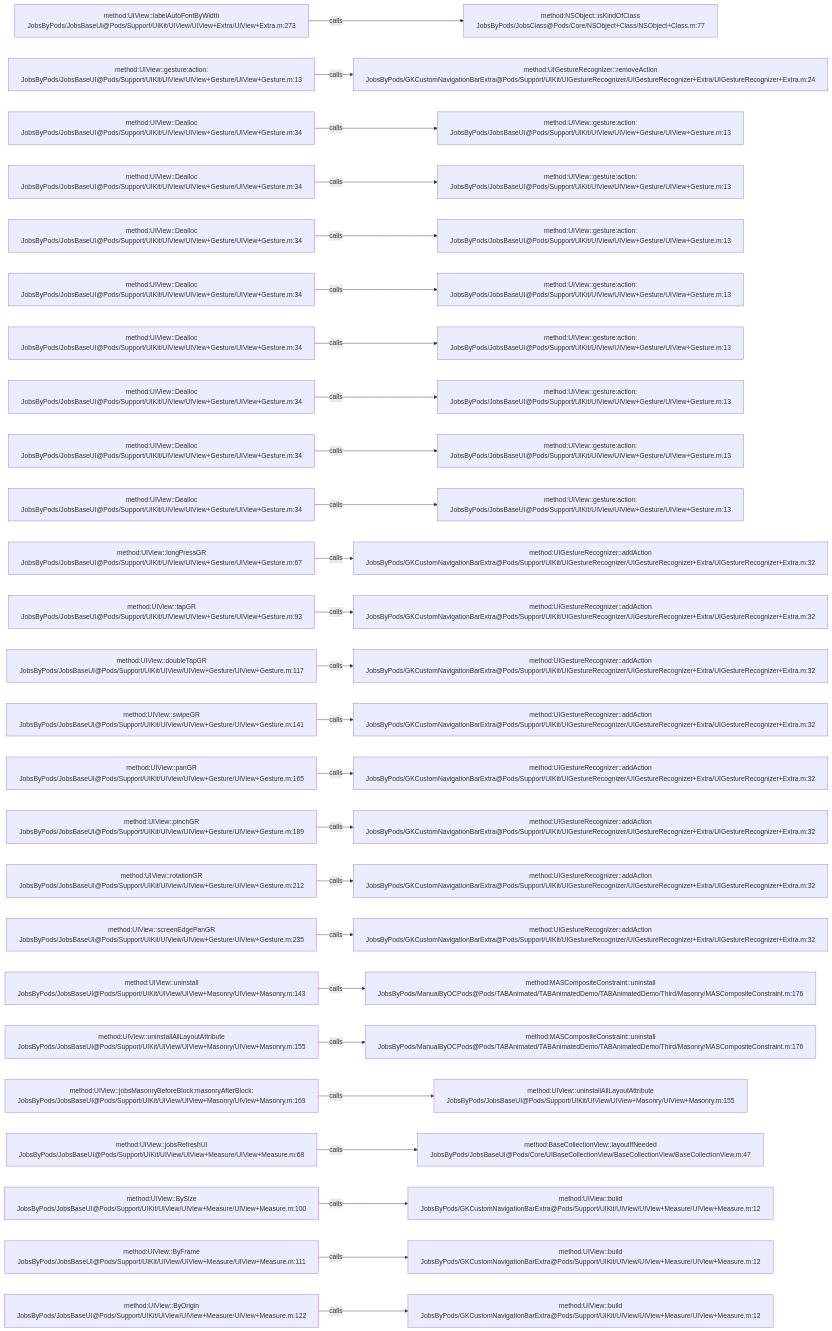
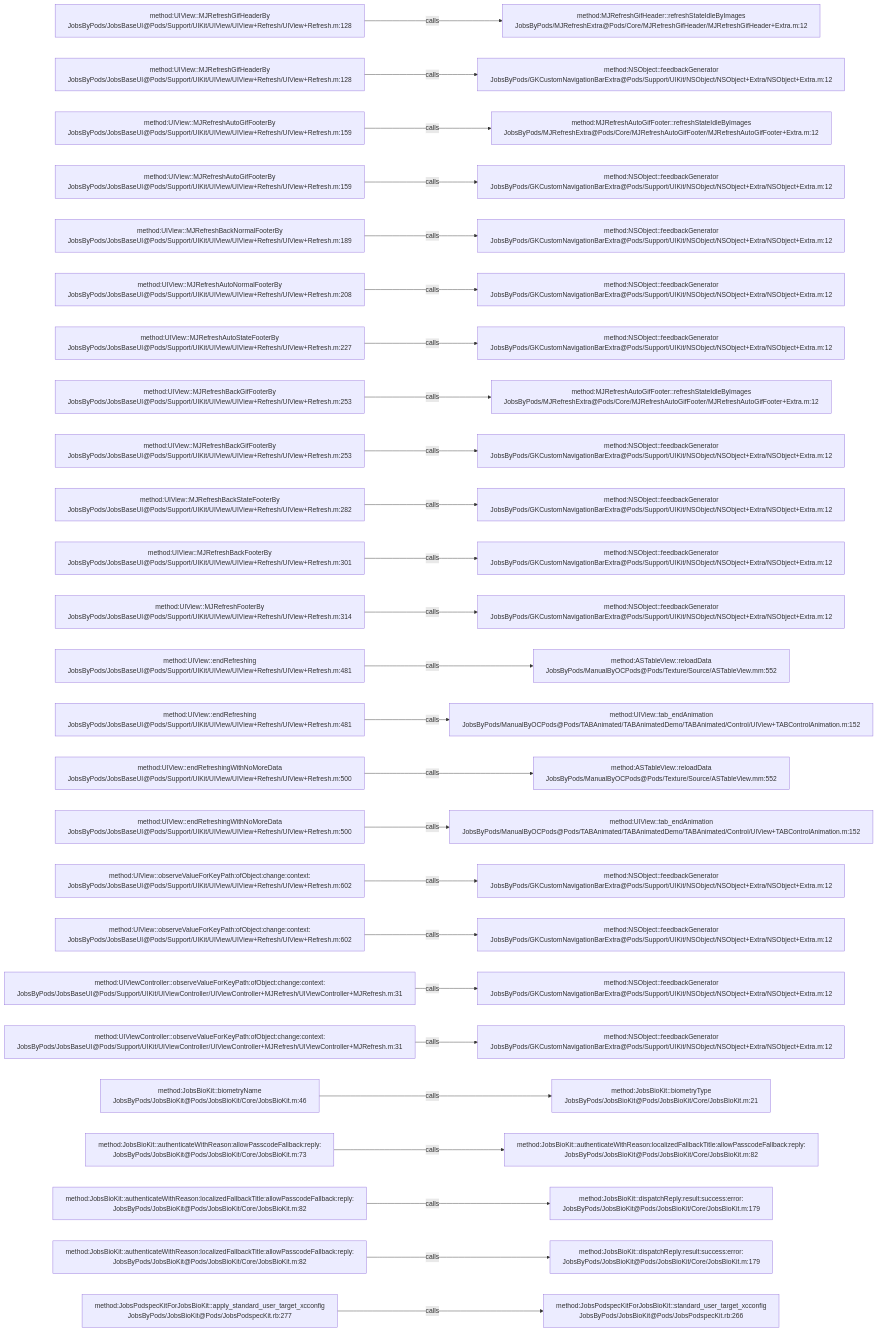
The diagram in .codegraph/codegraph.md/graphs/calls-048.md (JobsKits/JobsOCBaseConfigDemo), drawn with Mermaid before and after one commit. The commit also changed 639 other files, not shown here.

````diff
--- a/.codegraph/codegraph.md/graphs/calls-048.md
+++ b/.codegraph/codegraph.md/graphs/calls-048.md
@@ -13,78 +13,78 @@
 ```mermaid
 flowchart LR
-  S1["method:UIView::labelAutoFontByWidth<br/>JobsByPods/JobsBaseUI@Pods/Support/UIKit/UIView/UIView+Extra/UIView+Extra.m:273"]
-  T1["method:NSObject::isKindOfClass<br/>JobsByPods/JobsClass@Pods/Core/NSObject+Class/NSObject+Class.m:77"]
+  S1["method:UIView::MJRefreshGifHeaderBy<br/>JobsByPods/JobsBaseUI@Pods/Support/UIKit/UIView/UIView+Refresh/UIView+Refresh.m:128"]
+  T1["method:MJRefreshGifHeader::refreshStateIdleByImages<br/>JobsByPods/MJRefreshExtra@Pods/Core/MJRefreshGifHeader/MJRefreshGifHeader+Extra.m:12"]
   S1 -->|calls| T1
-  S2["method:UIView::gesture:action:<br/>JobsByPods/JobsBaseUI@Pods/Support/UIKit/UIView/UIView+Gesture/UIView+Gesture.m:13"]
-  T2["method:UIGestureRecognizer::removeAction<br/>JobsByPods/GKCustomNavigationBarExtra@Pods/Support/UIKit/UIGestureRecognizer/UIGestureRecognizer+Extra/UIGestureRecognizer+Extra.m:24"]
+  S2["method:UIView::MJRefreshGifHeaderBy<br/>JobsByPods/JobsBaseUI@Pods/Support/UIKit/UIView/UIView+Refresh/UIView+Refresh.m:128"]
+  T2["method:NSObject::feedbackGenerator<br/>JobsByPods/GKCustomNavigationBarExtra@Pods/Support/UIKit/NSObject/NSObject+Extra/NSObject+Extra.m:12"]
   S2 -->|calls| T2
-  S3["method:UIView::Dealloc<br/>JobsByPods/JobsBaseUI@Pods/Support/UIKit/UIView/UIView+Gesture/UIView+Gesture.m:34"]
-  T3["method:UIView::gesture:action:<br/>JobsByPods/JobsBaseUI@Pods/Support/UIKit/UIView/UIView+Gesture/UIView+Gesture.m:13"]
+  S3["method:UIView::MJRefreshAutoGifFooterBy<br/>JobsByPods/JobsBaseUI@Pods/Support/UIKit/UIView/UIView+Refresh/UIView+Refresh.m:159"]
+  T3["method:MJRefreshAutoGifFooter::refreshStateIdleByImages<br/>JobsByPods/MJRefreshExtra@Pods/Core/MJRefreshAutoGifFooter/MJRefreshAutoGifFooter+Extra.m:12"]
   S3 -->|calls| T3
-  S4["method:UIView::Dealloc<br/>JobsByPods/JobsBaseUI@Pods/Support/UIKit/UIView/UIView+Gesture/UIView+Gesture.m:34"]
-  T4["method:UIView::gesture:action:<br/>JobsByPods/JobsBaseUI@Pods/Support/UIKit/UIView/UIView+Gesture/UIView+Gesture.m:13"]
+  S4["method:UIView::MJRefreshAutoGifFooterBy<br/>JobsByPods/JobsBaseUI@Pods/Support/UIKit/UIView/UIView+Refresh/UIView+Refresh.m:159"]
+  T4["method:NSObject::feedbackGenerator<br/>JobsByPods/GKCustomNavigationBarExtra@Pods/Support/UIKit/NSObject/NSObject+Extra/NSObject+Extra.m:12"]
   S4 -->|calls| T4
-  S5["method:UIView::Dealloc<br/>JobsByPods/JobsBaseUI@Pods/Support/UIKit/UIView/UIView+Gesture/UIView+Gesture.m:34"]
-  T5["method:UIView::gesture:action:<br/>JobsByPods/JobsBaseUI@Pods/Support/UIKit/UIView/UIView+Gesture/UIView+Gesture.m:13"]
+  S5["method:UIView::MJRefreshBackNormalFooterBy<br/>JobsByPods/JobsBaseUI@Pods/Support/UIKit/UIView/UIView+Refresh/UIView+Refresh.m:189"]
+  T5["method:NSObject::feedbackGenerator<br/>JobsByPods/GKCustomNavigationBarExtra@Pods/Support/UIKit/NSObject/NSObject+Extra/NSObject+Extra.m:12"]
   S5 -->|calls| T5
-  S6["method:UIView::Dealloc<br/>JobsByPods/JobsBaseUI@Pods/Support/UIKit/UIView/UIView+Gesture/UIView+Gesture.m:34"]
-  T6["method:UIView::gesture:action:<br/>JobsByPods/JobsBaseUI@Pods/Support/UIKit/UIView/UIView+Gesture/UIView+Gesture.m:13"]
+  S6["method:UIView::MJRefreshAutoNormalFooterBy<br/>JobsByPods/JobsBaseUI@Pods/Support/UIKit/UIView/UIView+Refresh/UIView+Refresh.m:208"]
+  T6["method:NSObject::feedbackGenerator<br/>JobsByPods/GKCustomNavigationBarExtra@Pods/Support/UIKit/NSObject/NSObject+Extra/NSObject+Extra.m:12"]
   S6 -->|calls| T6
-  S7["method:UIView::Dealloc<br/>JobsByPods/JobsBaseUI@Pods/Support/UIKit/UIView/UIView+Gesture/UIView+Gesture.m:34"]
-  T7["method:UIView::gesture:action:<br/>JobsByPods/JobsBaseUI@Pods/Support/UIKit/UIView/UIView+Gesture/UIView+Gesture.m:13"]
+  S7["method:UIView::MJRefreshAutoStateFooterBy<br/>JobsByPods/JobsBaseUI@Pods/Support/UIKit/UIView/UIView+Refresh/UIView+Refresh.m:227"]
+  T7["method:NSObject::feedbackGenerator<br/>JobsByPods/GKCustomNavigationBarExtra@Pods/Support/UIKit/NSObject/NSObject+Extra/NSObject+Extra.m:12"]
   S7 -->|calls| T7
-  S8["method:UIView::Dealloc<br/>JobsByPods/JobsBaseUI@Pods/Support/UIKit/UIView/UIView+Gesture/UIView+Gesture.m:34"]
-  T8["method:UIView::gesture:action:<br/>JobsByPods/JobsBaseUI@Pods/Support/UIKit/UIView/UIView+Gesture/UIView+Gesture.m:13"]
+  S8["method:UIView::MJRefreshBackGifFooterBy<br/>JobsByPods/JobsBaseUI@Pods/Support/UIKit/UIView/UIView+Refresh/UIView+Refresh.m:253"]
+  T8["method:MJRefreshAutoGifFooter::refreshStateIdleByImages<br/>JobsByPods/MJRefreshExtra@Pods/Core/MJRefreshAutoGifFooter/MJRefreshAutoGifFooter+Extra.m:12"]
   S8 -->|calls| T8
-  S9["method:UIView::Dealloc<br/>JobsByPods/JobsBaseUI@Pods/Support/UIKit/UIView/UIView+Gesture/UIView+Gesture.m:34"]
-  T9["method:UIView::gesture:action:<br/>JobsByPods/JobsBaseUI@Pods/Support/UIKit/UIView/UIView+Gesture/UIView+Gesture.m:13"]
+  S9["method:UIView::MJRefreshBackGifFooterBy<br/>JobsByPods/JobsBaseUI@Pods/Support/UIKit/UIView/UIView+Refresh/UIView+Refresh.m:253"]
+  T9["method:NSObject::feedbackGenerator<br/>JobsByPods/GKCustomNavigationBarExtra@Pods/Support/UIKit/NSObject/NSObject+Extra/NSObject+Extra.m:12"]
   S9 -->|calls| T9
-  S10["method:UIView::Dealloc<br/>JobsByPods/JobsBaseUI@Pods/Support/UIKit/UIView/UIView+Gesture/UIView+Gesture.m:34"]
-  T10["method:UIView::gesture:action:<br/>JobsByPods/JobsBaseUI@Pods/Support/UIKit/UIView/UIView+Gesture/UIView+Gesture.m:13"]
+  S10["method:UIView::MJRefreshBackStateFooterBy<br/>JobsByPods/JobsBaseUI@Pods/Support/UIKit/UIView/UIView+Refresh/UIView+Refresh.m:282"]
+  T10["method:NSObject::feedbackGenerator<br/>JobsByPods/GKCustomNavigationBarExtra@Pods/Support/UIKit/NSObject/NSObject+Extra/NSObject+Extra.m:12"]
   S10 -->|calls| T10
-  S11["method:UIView::longPressGR<br/>JobsByPods/JobsBaseUI@Pods/Support/UIKit/UIView/UIView+Gesture/UIView+Gesture.m:67"]
-  T11["method:UIGestureRecognizer::addAction<br/>JobsByPods/GKCustomNavigationBarExtra@Pods/Support/UIKit/UIGestureRecognizer/UIGestureRecognizer+Extra/UIGestureRecognizer+Extra.m:32"]
+  S11["method:UIView::MJRefreshBackFooterBy<br/>JobsByPods/JobsBaseUI@Pods/Support/UIKit/UIView/UIView+Refresh/UIView+Refresh.m:301"]
+  T11["method:NSObject::feedbackGenerator<br/>JobsByPods/GKCustomNavigationBarExtra@Pods/Support/UIKit/NSObject/NSObject+Extra/NSObject+Extra.m:12"]
   S11 -->|calls| T11
-  S12["method:UIView::tapGR<br/>JobsByPods/JobsBaseUI@Pods/Support/UIKit/UIView/UIView+Gesture/UIView+Gesture.m:93"]
-  T12["method:UIGestureRecognizer::addAction<br/>JobsByPods/GKCustomNavigationBarExtra@Pods/Support/UIKit/UIGestureRecognizer/UIGestureRecognizer+Extra/UIGestureRecognizer+Extra.m:32"]
+  S12["method:UIView::MJRefreshFooterBy<br/>JobsByPods/JobsBaseUI@Pods/Support/UIKit/UIView/UIView+Refresh/UIView+Refresh.m:314"]
+  T12["method:NSObject::feedbackGenerator<br/>JobsByPods/GKCustomNavigationBarExtra@Pods/Support/UIKit/NSObject/NSObject+Extra/NSObject+Extra.m:12"]
   S12 -->|calls| T12
-  S13["method:UIView::doubleTapGR<br/>JobsByPods/JobsBaseUI@Pods/Support/UIKit/UIView/UIView+Gesture/UIView+Gesture.m:117"]
-  T13["method:UIGestureRecognizer::addAction<br/>JobsByPods/GKCustomNavigationBarExtra@Pods/Support/UIKit/UIGestureRecognizer/UIGestureRecognizer+Extra/UIGestureRecognizer+Extra.m:32"]
+  S13["method:UIView::endRefreshing<br/>JobsByPods/JobsBaseUI@Pods/Support/UIKit/UIView/UIView+Refresh/UIView+Refresh.m:481"]
+  T13["method:ASTableView::reloadData<br/>JobsByPods/ManualByOCPods@Pods/Texture/Source/ASTableView.mm:552"]
   S13 -->|calls| T13
-  S14["method:UIView::swipeGR<br/>JobsByPods/JobsBaseUI@Pods/Support/UIKit/UIView/UIView+Gesture/UIView+Gesture.m:141"]
-  T14["method:UIGestureRecognizer::addAction<br/>JobsByPods/GKCustomNavigationBarExtra@Pods/Support/UIKit/UIGestureRecognizer/UIGestureRecognizer+Extra/UIGestureRecognizer+Extra.m:32"]
+  S14["method:UIView::endRefreshing<br/>JobsByPods/JobsBaseUI@Pods/Support/UIKit/UIView/UIView+Refresh/UIView+Refresh.m:481"]
+  T14["method:UIView::tab_endAnimation<br/>JobsByPods/ManualByOCPods@Pods/TABAnimated/TABAnimatedDemo/TABAnimated/Control/UIView+TABControlAnimation.m:152"]
   S14 -->|calls| T14
-  S15["method:UIView::panGR<br/>JobsByPods/JobsBaseUI@Pods/Support/UIKit/UIView/UIView+Gesture/UIView+Gesture.m:165"]
-  T15["method:UIGestureRecognizer::addAction<br/>JobsByPods/GKCustomNavigationBarExtra@Pods/Support/UIKit/UIGestureRecognizer/UIGestureRecognizer+Extra/UIGestureRecognizer+Extra.m:32"]
+  S15["method:UIView::endRefreshingWithNoMoreData<br/>JobsByPods/JobsBaseUI@Pods/Support/UIKit/UIView/UIView+Refresh/UIView+Refresh.m:500"]
+  T15["method:ASTableView::reloadData<br/>JobsByPods/ManualByOCPods@Pods/Texture/Source/ASTableView.mm:552"]
   S15 -->|calls| T15
-  S16["method:UIView::pinchGR<br/>JobsByPods/JobsBaseUI@Pods/Support/UIKit/UIView/UIView+Gesture/UIView+Gesture.m:189"]
-  T16["method:UIGestureRecognizer::addAction<br/>JobsByPods/GKCustomNavigationBarExtra@Pods/Support/UIKit/UIGestureRecognizer/UIGestureRecognizer+Extra/UIGestureRecognizer+Extra.m:32"]
+  S16["method:UIView::endRefreshingWithNoMoreData<br/>JobsByPods/JobsBaseUI@Pods/Support/UIKit/UIView/UIView+Refresh/UIView+Refresh.m:500"]
+  T16["method:UIView::tab_endAnimation<br/>JobsByPods/ManualByOCPods@Pods/TABAnimated/TABAnimatedDemo/TABAnimated/Control/UIView+TABControlAnimation.m:152"]
   S16 -->|calls| T16
-  S17["method:UIView::rotationGR<br/>JobsByPods/JobsBaseUI@Pods/Support/UIKit/UIView/UIView+Gesture/UIView+Gesture.m:212"]
-  T17["method:UIGestureRecognizer::addAction<br/>JobsByPods/GKCustomNavigationBarExtra@Pods/Support/UIKit/UIGestureRecognizer/UIGestureRecognizer+Extra/UIGestureRecognizer+Extra.m:32"]
+  S17["method:UIView::observeValueForKeyPath:ofObject:change:context:<br/>JobsByPods/JobsBaseUI@Pods/Support/UIKit/UIView/UIView+Refresh/UIView+Refresh.m:602"]
+  T17["method:NSObject::feedbackGenerator<br/>JobsByPods/GKCustomNavigationBarExtra@Pods/Support/UIKit/NSObject/NSObject+Extra/NSObject+Extra.m:12"]
   S17 -->|calls| T17
-  S18["method:UIView::screenEdgePanGR<br/>JobsByPods/JobsBaseUI@Pods/Support/UIKit/UIView/UIView+Gesture/UIView+Gesture.m:235"]
-  T18["method:UIGestureRecognizer::addAction<br/>JobsByPods/GKCustomNavigationBarExtra@Pods/Support/UIKit/UIGestureRecognizer/UIGestureRecognizer+Extra/UIGestureRecognizer+Extra.m:32"]
+  S18["method:UIView::observeValueForKeyPath:ofObject:change:context:<br/>JobsByPods/JobsBaseUI@Pods/Support/UIKit/UIView/UIView+Refresh/UIView+Refresh.m:602"]
+  T18["method:NSObject::feedbackGenerator<br/>JobsByPods/GKCustomNavigationBarExtra@Pods/Support/UIKit/NSObject/NSObject+Extra/NSObject+Extra.m:12"]
   S18 -->|calls| T18
-  S19["method:UIView::uninstall<br/>JobsByPods/JobsBaseUI@Pods/Support/UIKit/UIView/UIView+Masonry/UIView+Masonry.m:143"]
-  T19["method:MASCompositeConstraint::uninstall<br/>JobsByPods/ManualByOCPods@Pods/TABAnimated/TABAnimatedDemo/TABAnimatedDemo/Third/Masonry/MASCompositeConstraint.m:176"]
+  S19["method:UIViewController::observeValueForKeyPath:ofObject:change:context:<br/>JobsByPods/JobsBaseUI@Pods/Support/UIKit/UIViewController/UIViewController+MJRefresh/UIViewController+MJRefresh.m:31"]
+  T19["method:NSObject::feedbackGenerator<br/>JobsByPods/GKCustomNavigationBarExtra@Pods/Support/UIKit/NSObject/NSObject+Extra/NSObject+Extra.m:12"]
   S19 -->|calls| T19
-  S20["method:UIView::uninstallAllLayoutAttribute<br/>JobsByPods/JobsBaseUI@Pods/Support/UIKit/UIView/UIView+Masonry/UIView+Masonry.m:155"]
-  T20["method:MASCompositeConstraint::uninstall<br/>JobsByPods/ManualByOCPods@Pods/TABAnimated/TABAnimatedDemo/TABAnimatedDemo/Third/Masonry/MASCompositeConstraint.m:176"]
+  S20["method:UIViewController::observeValueForKeyPath:ofObject:change:context:<br/>JobsByPods/JobsBaseUI@Pods/Support/UIKit/UIViewController/UIViewController+MJRefresh/UIViewController+MJRefresh.m:31"]
+  T20["method:NSObject::feedbackGenerator<br/>JobsByPods/GKCustomNavigationBarExtra@Pods/Support/UIKit/NSObject/NSObject+Extra/NSObject+Extra.m:12"]
   S20 -->|calls| T20
-  S21["method:UIView::jobsMasonryBeforeBlock:masonryAfterBlock:<br/>JobsByPods/JobsBaseUI@Pods/Support/UIKit/UIView/UIView+Masonry/UIView+Masonry.m:169"]
-  T21["method:UIView::uninstallAllLayoutAttribute<br/>JobsByPods/JobsBaseUI@Pods/Support/UIKit/UIView/UIView+Masonry/UIView+Masonry.m:155"]
+  S21["method:JobsBioKit::biometryName<br/>JobsByPods/JobsBioKit@Pods/JobsBioKit/Core/JobsBioKit.m:46"]
+  T21["method:JobsBioKit::biometryType<br/>JobsByPods/JobsBioKit@Pods/JobsBioKit/Core/JobsBioKit.m:21"]
   S21 -->|calls| T21
-  S22["method:UIView::jobsRefreshUI<br/>JobsByPods/JobsBaseUI@Pods/Support/UIKit/UIView/UIView+Measure/UIView+Measure.m:68"]
-  T22["method:BaseCollectionView::layoutIfNeeded<br/>JobsByPods/JobsBaseUI@Pods/Core/UIBaseCollectionView/BaseCollectionView/BaseCollectionView.m:47"]
+  S22["method:JobsBioKit::authenticateWithReason:allowPasscodeFallback:reply:<br/>JobsByPods/JobsBioKit@Pods/JobsBioKit/Core/JobsBioKit.m:73"]
+  T22["method:JobsBioKit::authenticateWithReason:localizedFallbackTitle:allowPasscodeFallback:reply:<br/>JobsByPods/JobsBioKit@Pods/JobsBioKit/Core/JobsBioKit.m:82"]
   S22 -->|calls| T22
-  S23["method:UIView::BySize<br/>JobsByPods/JobsBaseUI@Pods/Support/UIKit/UIView/UIView+Measure/UIView+Measure.m:100"]
-  T23["method:UIView::build<br/>JobsByPods/GKCustomNavigationBarExtra@Pods/Support/UIKit/UIView/UIView+Measure/UIView+Measure.m:12"]
+  S23["method:JobsBioKit::authenticateWithReason:localizedFallbackTitle:allowPasscodeFallback:reply:<br/>JobsByPods/JobsBioKit@Pods/JobsBioKit/Core/JobsBioKit.m:82"]
+  T23["method:JobsBioKit::dispatchReply:result:success:error:<br/>JobsByPods/JobsBioKit@Pods/JobsBioKit/Core/JobsBioKit.m:179"]
   S23 -->|calls| T23
-  S24["method:UIView::ByFrame<br/>JobsByPods/JobsBaseUI@Pods/Support/UIKit/UIView/UIView+Measure/UIView+Measure.m:111"]
-  T24["method:UIView::build<br/>JobsByPods/GKCustomNavigationBarExtra@Pods/Support/UIKit/UIView/UIView+Measure/UIView+Measure.m:12"]
+  S24["method:JobsBioKit::authenticateWithReason:localizedFallbackTitle:allowPasscodeFallback:reply:<br/>JobsByPods/JobsBioKit@Pods/JobsBioKit/Core/JobsBioKit.m:82"]
+  T24["method:JobsBioKit::dispatchReply:result:success:error:<br/>JobsByPods/JobsBioKit@Pods/JobsBioKit/Core/JobsBioKit.m:179"]
   S24 -->|calls| T24
-  S25["method:UIView::ByOrigin<br/>JobsByPods/JobsBaseUI@Pods/Support/UIKit/UIView/UIView+Measure/UIView+Measure.m:122"]
-  T25["method:UIView::build<br/>JobsByPods/GKCustomNavigationBarExtra@Pods/Support/UIKit/UIView/UIView+Measure/UIView+Measure.m:12"]
+  S25["method:JobsPodspecKitForJobsBioKit::apply_standard_user_target_xcconfig<br/>JobsByPods/JobsBioKit@Pods/JobsPodspecKit.rb:277"]
+  T25["method:JobsPodspecKitForJobsBioKit::standard_user_target_xcconfig<br/>JobsByPods/JobsBioKit@Pods/JobsPodspecKit.rb:266"]
   S25 -->|calls| T25
 ```
````
